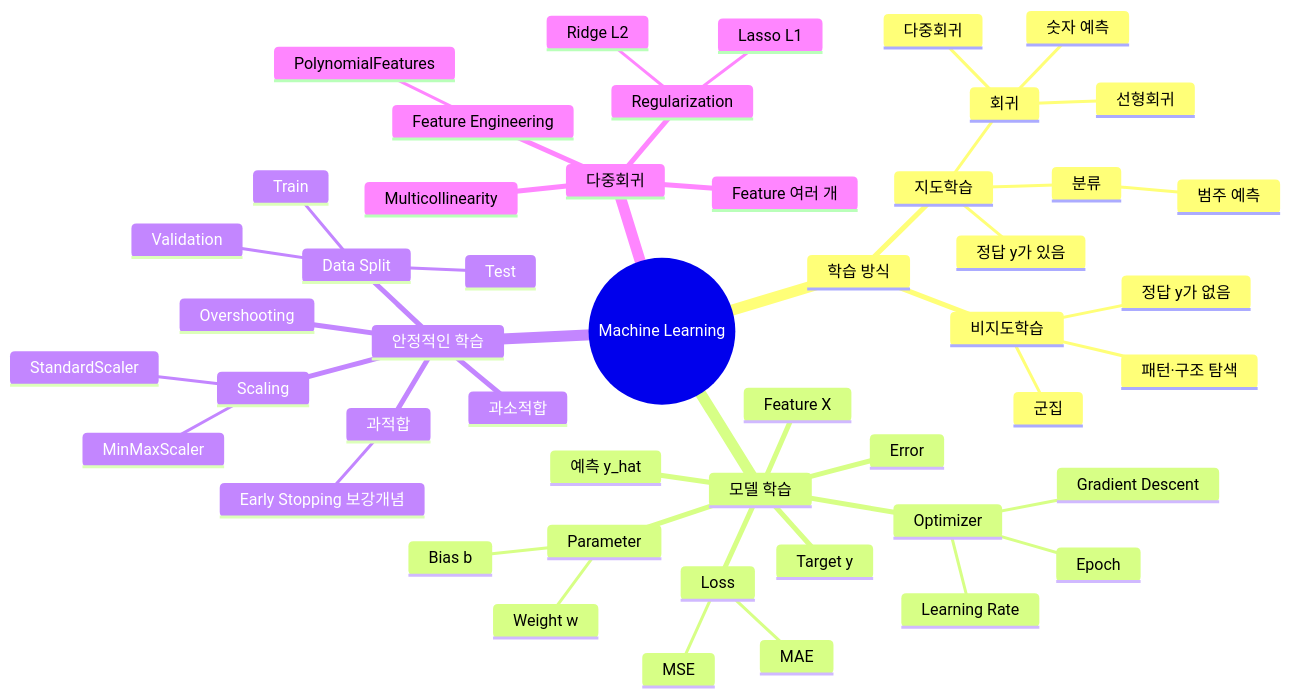
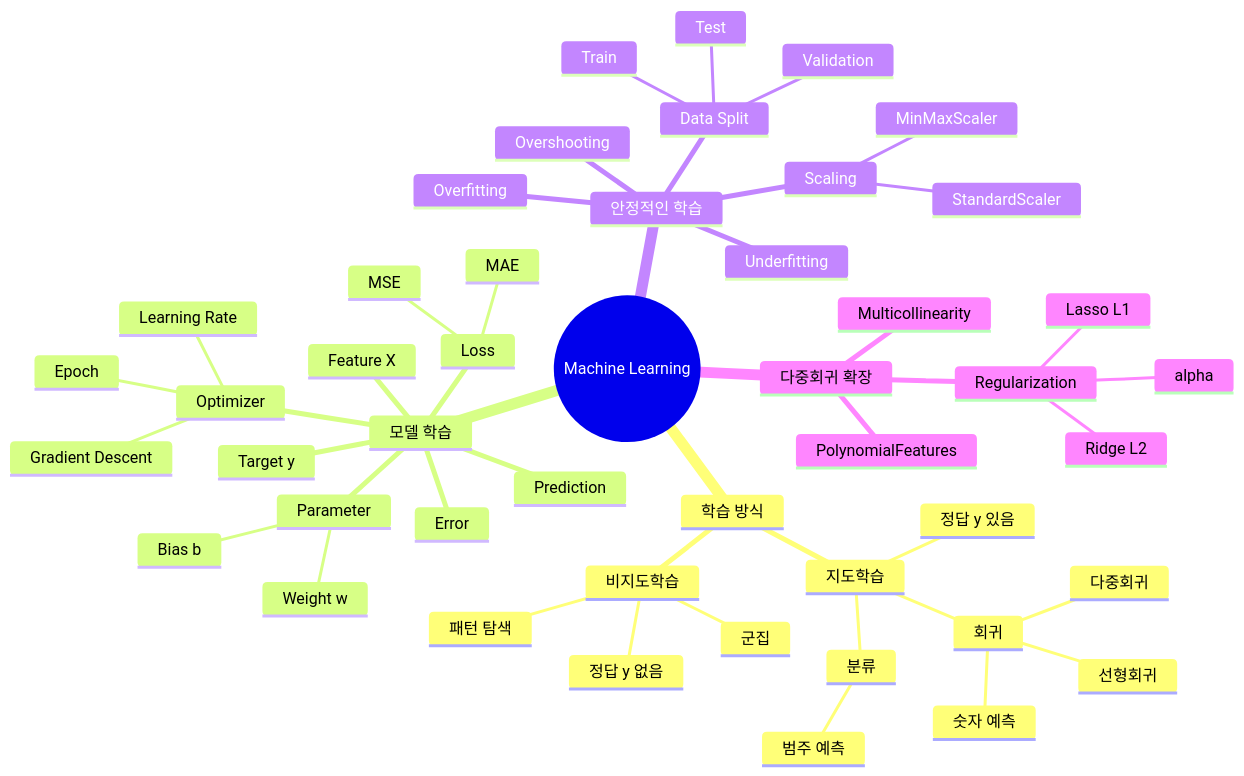
The diagram in TIL/2026-08/WEEK 4/2026-08-27/[TIL] machine_learning_gradient_descent_regularization.md (jihyunkims495-sys/Blast-Forge-Lab), drawn with Mermaid before and after one commit. The commit also changed other lines of this file, not shown here.

````diff
--- a/TIL/2026-08/WEEK 4/2026-08-27/[TIL] machine_learning_gradient_descent_regularization.md
+++ b/TIL/2026-08/WEEK 4/2026-08-27/[TIL] machine_learning_gradient_descent_regularization.md
@@ -11,52 +11,50 @@
 ```mermaid
 mindmap
   root((Machine Learning))
     학습 방식
       지도학습
-        정답 y가 있음
+        정답 y 있음
         회귀
           숫자 예측
           선형회귀
           다중회귀
         분류
           범주 예측
       비지도학습
-        정답 y가 없음
+        정답 y 없음
         군집
-        패턴·구조 탐색
+        패턴 탐색
     모델 학습
       Feature X
       Target y
-      예측 y_hat
+      Prediction
       Error
       Loss
+        MAE
         MSE
-        MAE
+      Parameter
+        Weight w
+        Bias b
       Optimizer
         Gradient Descent
         Learning Rate
         Epoch
-      Parameter
-        Weight w
-        Bias b
     안정적인 학습
-      Scaling
-        MinMaxScaler
-        StandardScaler
       Data Split
         Train
         Validation
         Test
-      과소적합
-      과적합
-        Early Stopping 보강개념
+      Scaling
+        MinMaxScaler
+        StandardScaler
+      Overfitting
+      Underfitting
       Overshooting
-    다중회귀
-      Feature 여러 개
+    다중회귀 확장
       Multicollinearity
-      Feature Engineering
-        PolynomialFeatures
+      PolynomialFeatures
       Regularization
         Ridge L2
         Lasso L1
+        alpha
 ```
````
